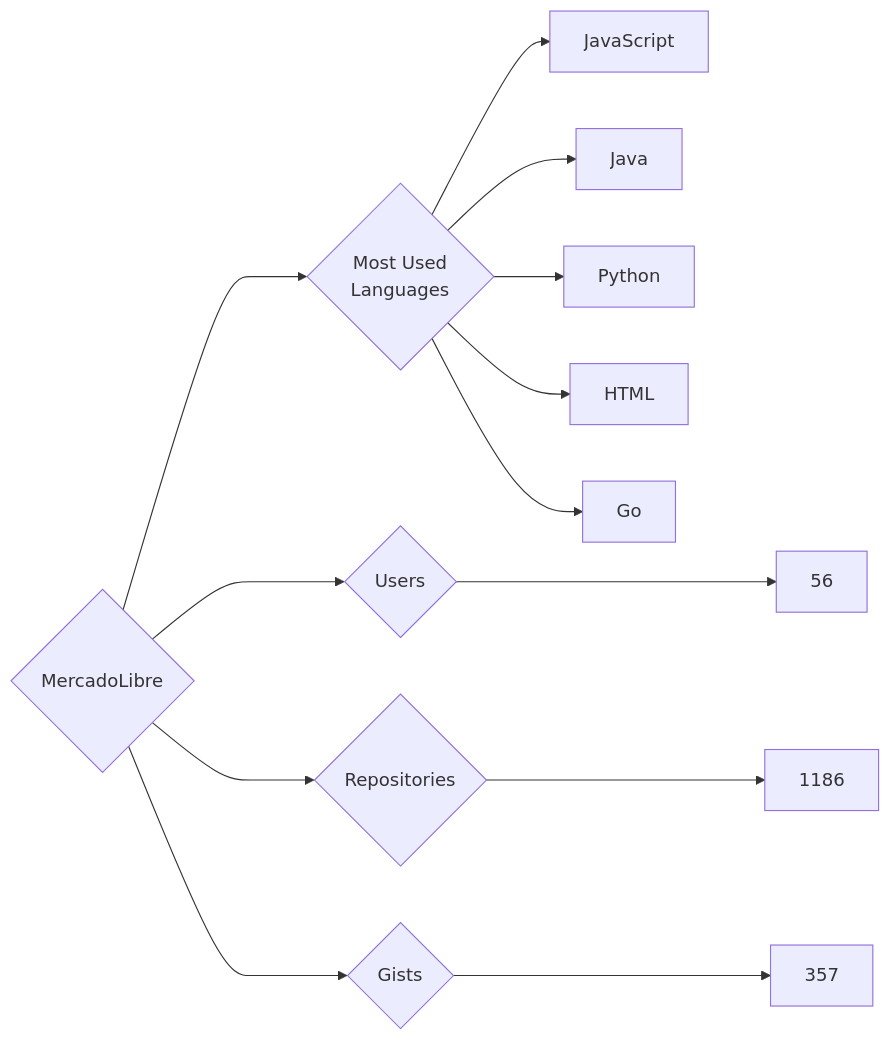
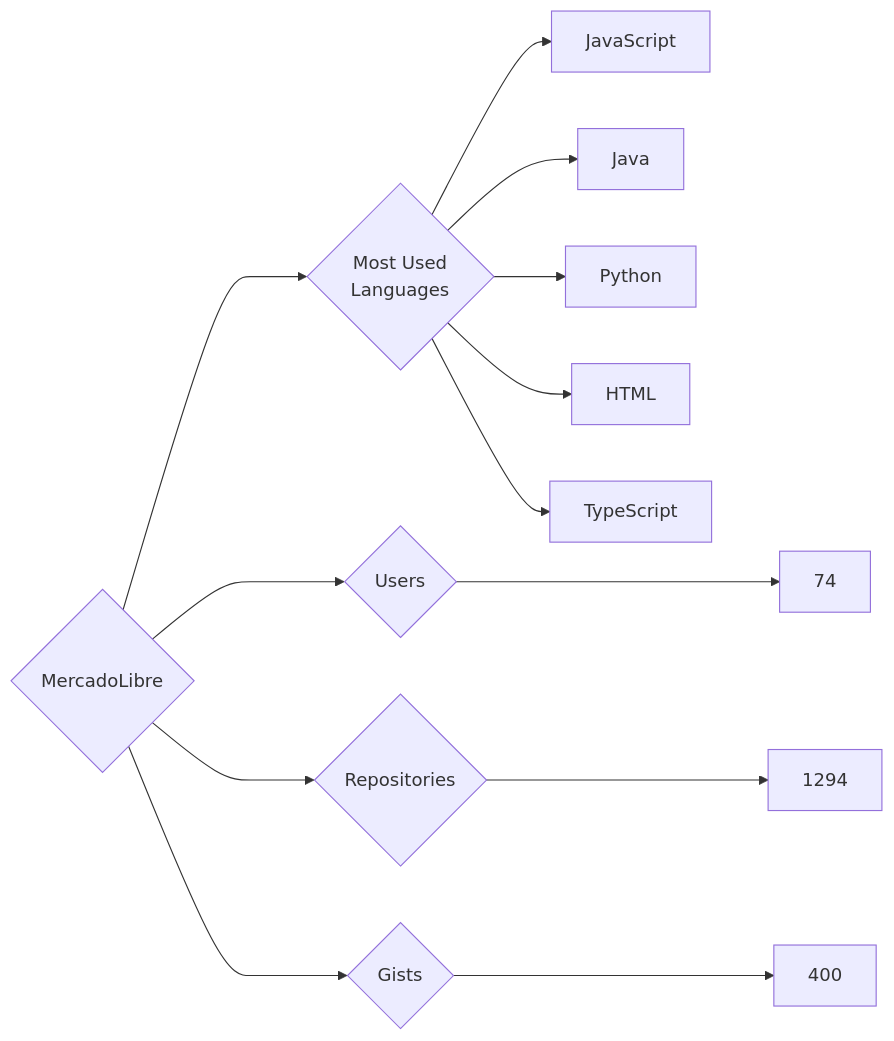
One commit to trickest/insiders changed the diagram in targets/MercadoLibre/README.md. Above: the diagram before and after it, drawn with Mermaid. The commit also changed 860 other files, not shown here.

````diff
--- a/targets/MercadoLibre/README.md
+++ b/targets/MercadoLibre/README.md
@@ -3,13 +3,13 @@
 ```mermaid
 graph LR
 COMPANY_NAME{MercadoLibre}
-COMPANY_NAME ---> U{Users} ---> UN[56]
-COMPANY_NAME ---> R{Repositories} ---> RN[1186]
-COMPANY_NAME ---> G{Gists} ---> GN[357]
+COMPANY_NAME ---> U{Users} ---> UN[74]
+COMPANY_NAME ---> R{Repositories} ---> RN[1294]
+COMPANY_NAME ---> G{Gists} ---> GN[400]
 COMPANY_NAME ---> ML{Most Used<br>Languages}
 ML --> JavaScript[JavaScript]
 ML --> Java[Java]
 ML --> Python[Python]
 ML --> HTML[HTML]
-ML --> Go[Go]
+ML --> TypeScript[TypeScript]
 ```
````
